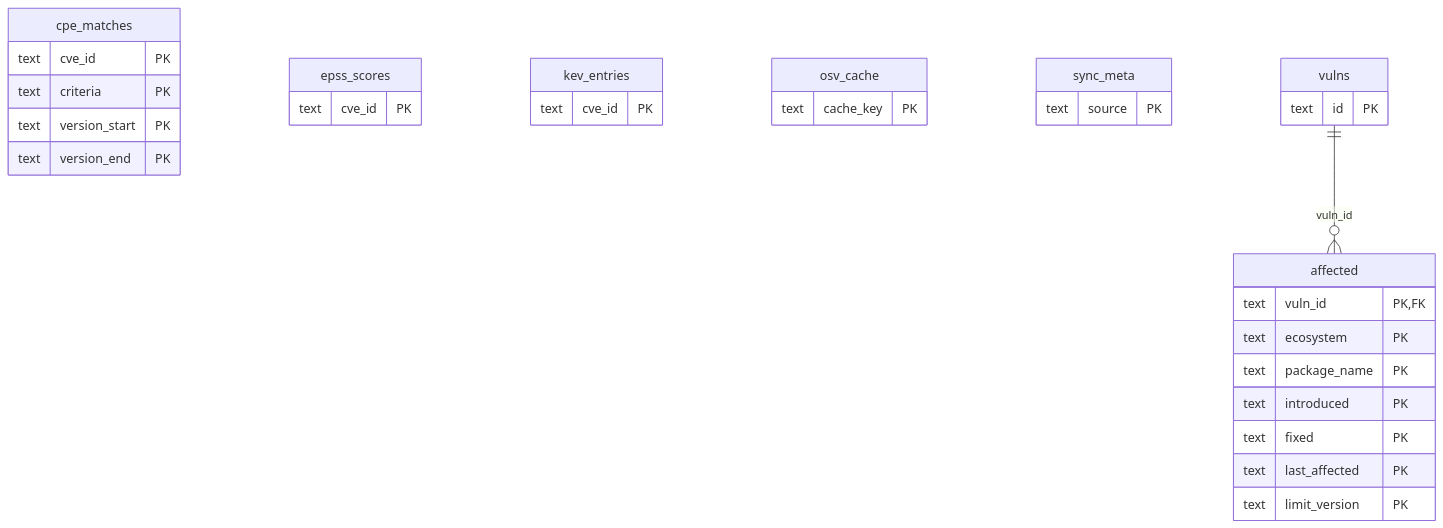
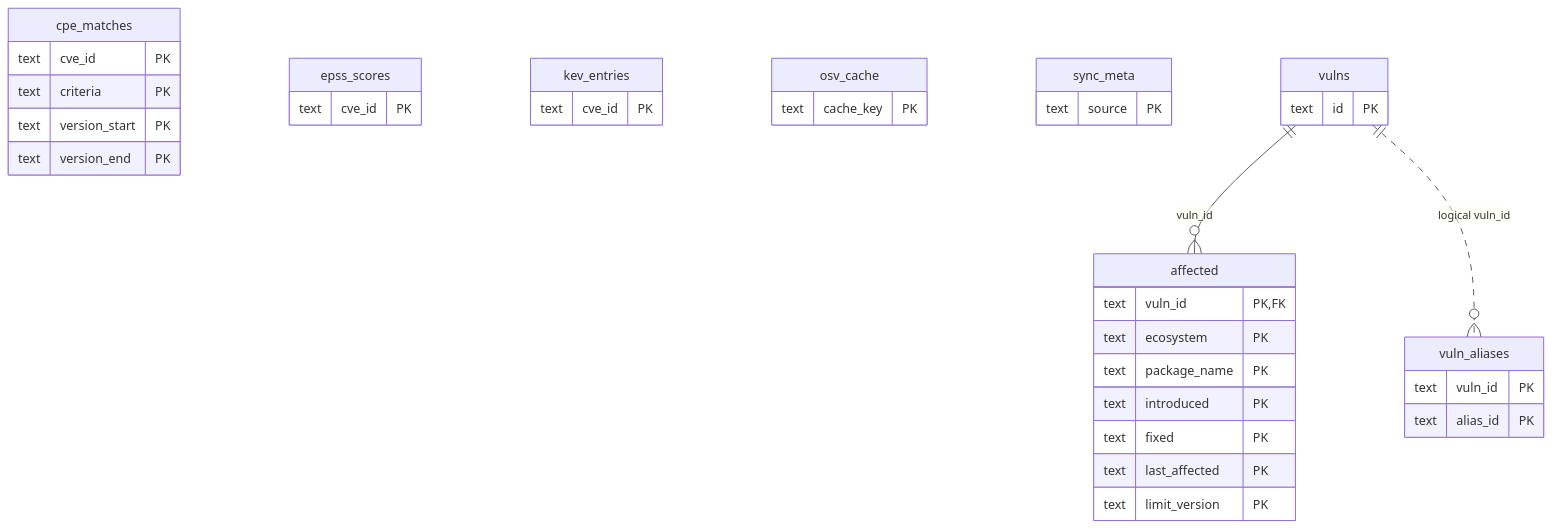
Before and after one commit to koda-ai-studio/agent-bom: the diagram in docs/graph/data-model/storage-erd/vulndb.md, drawn with Mermaid. The commit also changed other lines of this file and 9 other files, not shown here.

````diff
--- a/docs/graph/data-model/storage-erd/vulndb.md
+++ b/docs/graph/data-model/storage-erd/vulndb.md
@@ -10,34 +10,39 @@
 ```mermaid
 erDiagram
   affected {
     text vuln_id PK, FK
     text ecosystem PK
     text package_name PK
     text introduced PK
     text fixed PK
     text last_affected PK
     text limit_version PK
   }
   cpe_matches {
     text cve_id PK
     text criteria PK
     text version_start PK
     text version_end PK
   }
   epss_scores {
     text cve_id PK
   }
   kev_entries {
     text cve_id PK
   }
   osv_cache {
     text cache_key PK
   }
   sync_meta {
     text source PK
   }
+  vuln_aliases {
+    text vuln_id PK
+    text alias_id PK
+  }
   vulns {
     text id PK
   }
   vulns ||--o{ affected : "vuln_id"
+  vulns ||..o{ vuln_aliases : "logical vuln_id"
 ```
````
